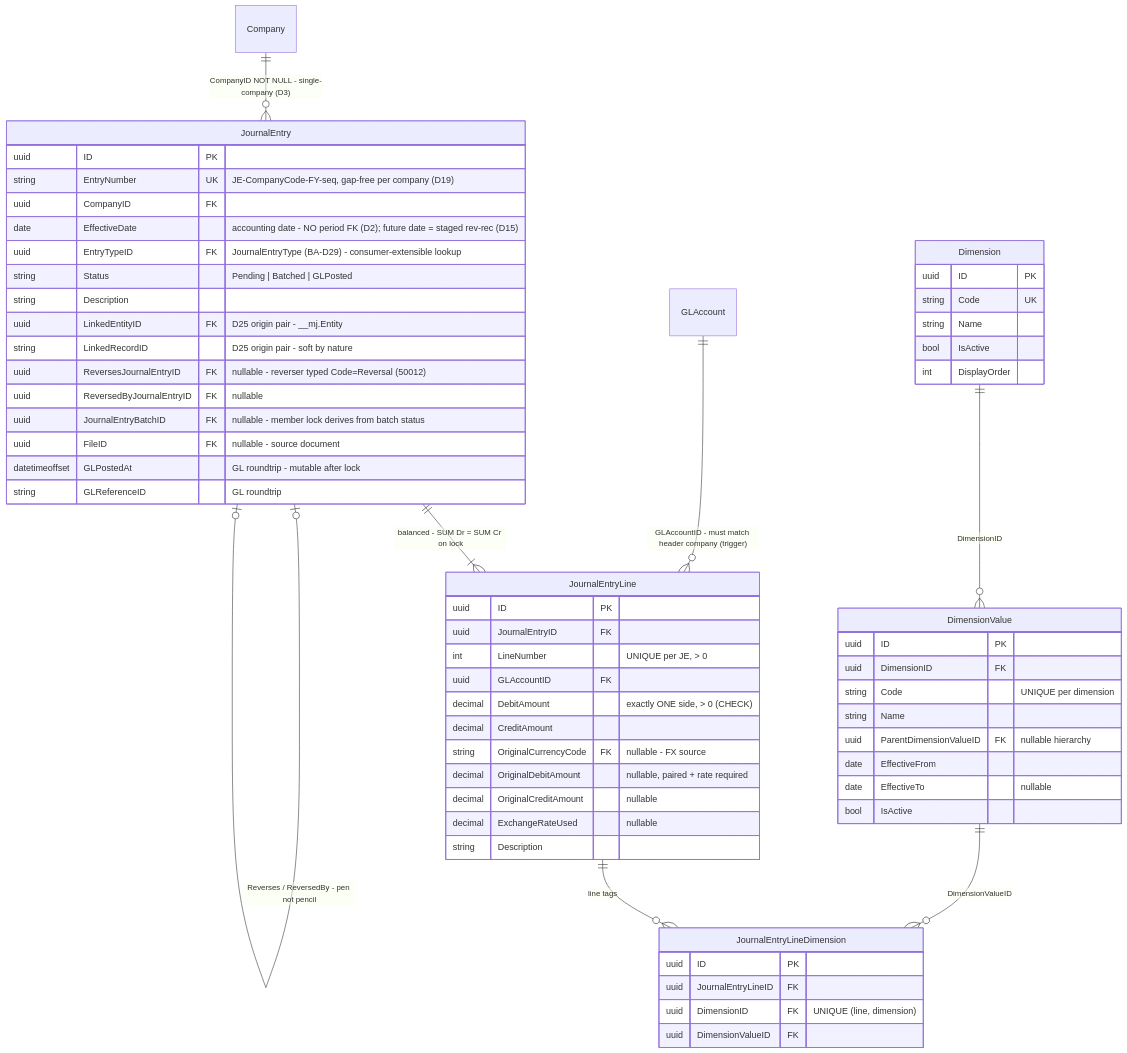
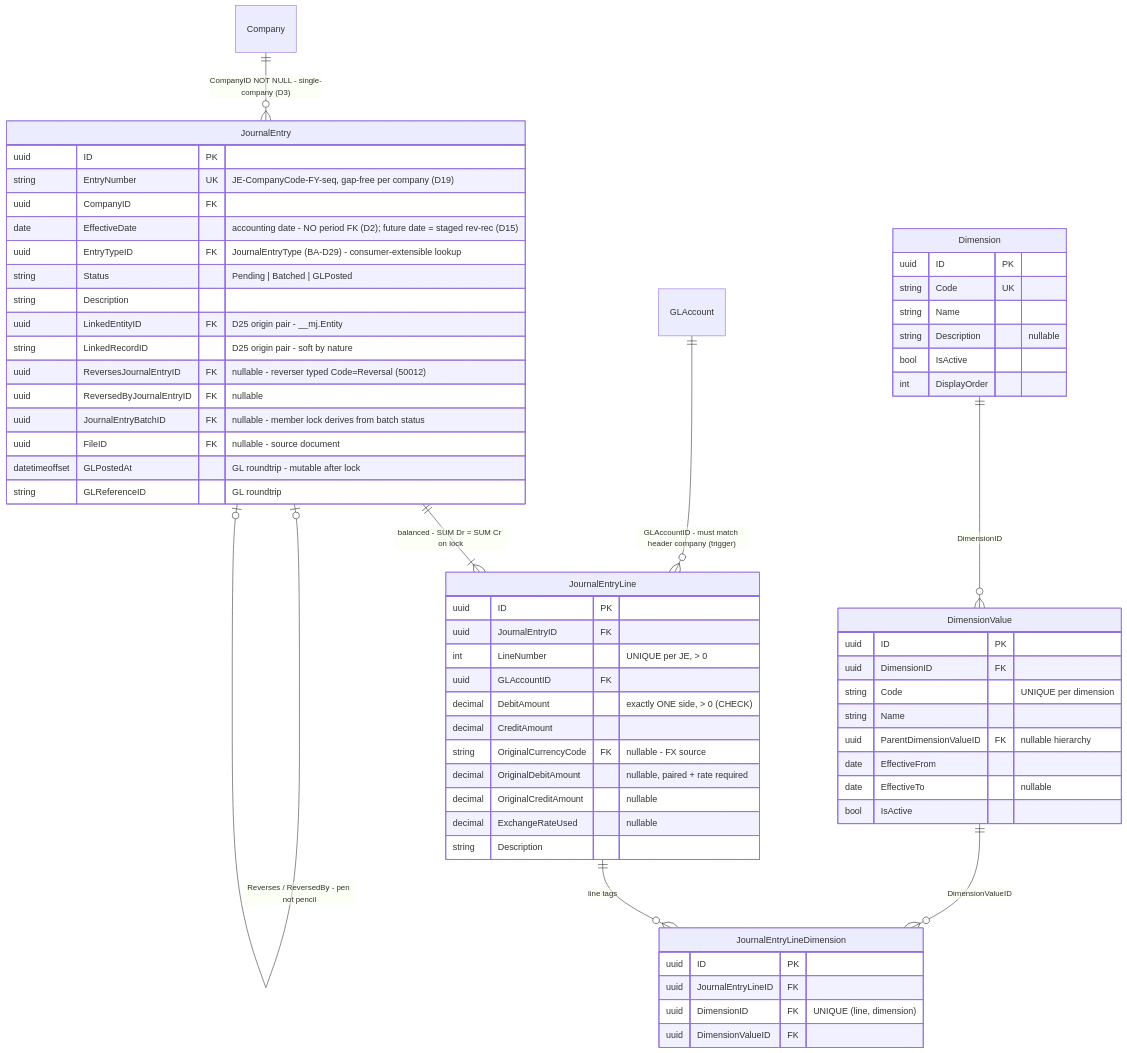
One commit to MemberJunction/bizapps-accounting changed the sixth of 12 diagrams in docs/bizapps-accounting-erd.md. Above: the diagram before and after it, drawn with Mermaid. The commit also changed other lines of this file and 1 other file, not shown here.

````diff
--- a/docs/bizapps-accounting-erd.md
+++ b/docs/bizapps-accounting-erd.md
@@ -572,64 +593,65 @@
 ```mermaid
 erDiagram
     Company ||--o{ JournalEntry : "CompanyID NOT NULL - single-company (D3)"
     JournalEntry ||--|{ JournalEntryLine : "balanced - SUM Dr = SUM Cr on lock"
     GLAccount ||--o{ JournalEntryLine : "GLAccountID - must match header company (trigger)"
     JournalEntry |o--o| JournalEntry : "Reverses / ReversedBy - pen not pencil"
     JournalEntryLine ||--o{ JournalEntryLineDimension : "line tags"
     Dimension ||--o{ DimensionValue : "DimensionID"
     DimensionValue ||--o{ JournalEntryLineDimension : "DimensionValueID"
 
     JournalEntry {
         uuid ID PK
         string EntryNumber UK "JE-CompanyCode-FY-seq, gap-free per company (D19)"
         uuid CompanyID FK
         date EffectiveDate "accounting date - NO period FK (D2); future date = staged rev-rec (D15)"
         uuid EntryTypeID FK "JournalEntryType (BA-D29) - consumer-extensible lookup"
         string Status "Pending | Batched | GLPosted"
         string Description
         uuid LinkedEntityID FK "D25 origin pair - __mj.Entity"
         string LinkedRecordID "D25 origin pair - soft by nature"
         uuid ReversesJournalEntryID FK "nullable - reverser typed Code=Reversal (50012)"
         uuid ReversedByJournalEntryID FK "nullable"
         uuid JournalEntryBatchID FK "nullable - member lock derives from batch status"
         uuid FileID FK "nullable - source document"
         datetimeoffset GLPostedAt "GL roundtrip - mutable after lock"
         string GLReferenceID "GL roundtrip"
     }
     JournalEntryLine {
         uuid ID PK
         uuid JournalEntryID FK
         int LineNumber "UNIQUE per JE, > 0"
         uuid GLAccountID FK
         decimal DebitAmount "exactly ONE side, > 0 (CHECK)"
         decimal CreditAmount
         string OriginalCurrencyCode FK "nullable - FX source"
         decimal OriginalDebitAmount "nullable, paired + rate required"
         decimal OriginalCreditAmount "nullable"
         decimal ExchangeRateUsed "nullable"
         string Description
     }
     JournalEntryLineDimension {
         uuid ID PK
         uuid JournalEntryLineID FK
         uuid DimensionID FK "UNIQUE (line, dimension)"
         uuid DimensionValueID FK
     }
     Dimension {
         uuid ID PK
         string Code UK
         string Name
+        string Description "nullable"
         bool IsActive
         int DisplayOrder
     }
     DimensionValue {
         uuid ID PK
         uuid DimensionID FK
         string Code "UNIQUE per dimension"
         string Name
         uuid ParentDimensionValueID FK "nullable hierarchy"
         date EffectiveFrom
         date EffectiveTo "nullable"
         bool IsActive
     }
 ```
````
